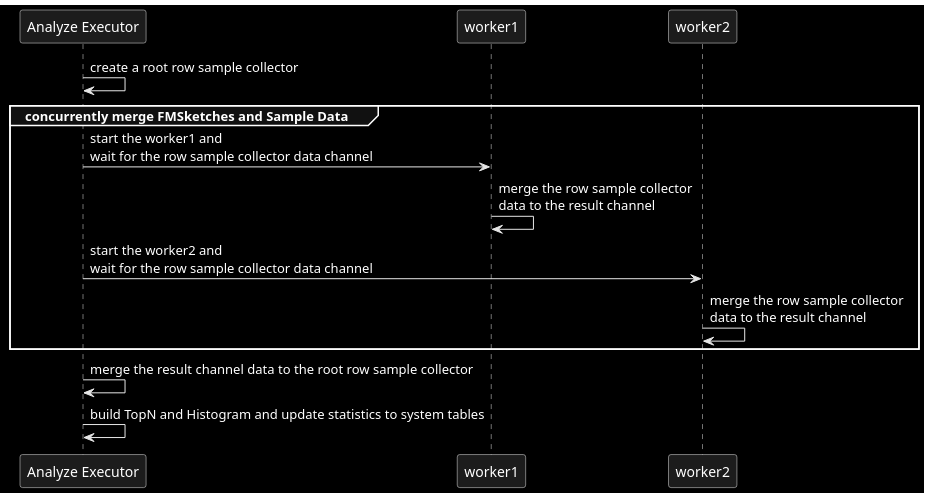
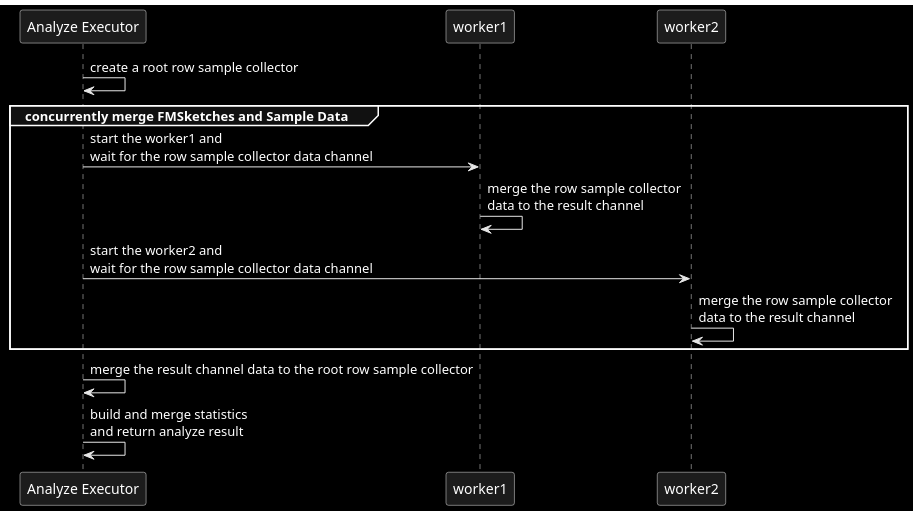
Before and after one commit to Rustin170506/tidb-analyze.slide: the fifth of 6 diagrams in slides.md, drawn with PlantUML. The commit also changed other lines of this file, not shown here.

Commit message:
analyze: fix dataflow

````diff
--- a/slides.md
+++ b/slides.md
@@ -623,16 +657,15 @@
-```plantuml { scale: 0.8 }
+```plantuml { scale: 0.9 }
 @startuml
-
 skinparam monochrome reverse
 
 "Analyze Executor" as AE -> AE: create a root row sample collector
 group concurrently merge FMSketches and Sample Data
   AE -> worker1: start the worker1 and \nwait for the row sample collector data channel
   worker1 -> worker1: merge the row sample collector \ndata to the result channel
   AE -> worker2: start the worker2 and \nwait for the row sample collector data channel
   worker2 -> worker2: merge the row sample collector \ndata to the result channel
 end
 AE -> AE: merge the result channel data to the root row sample collector
-AE -> AE: build TopN and Histogram and update statistics to system tables
+AE -> AE: build and merge statistics \nand return analyze result
 @enduml
 ```
````
